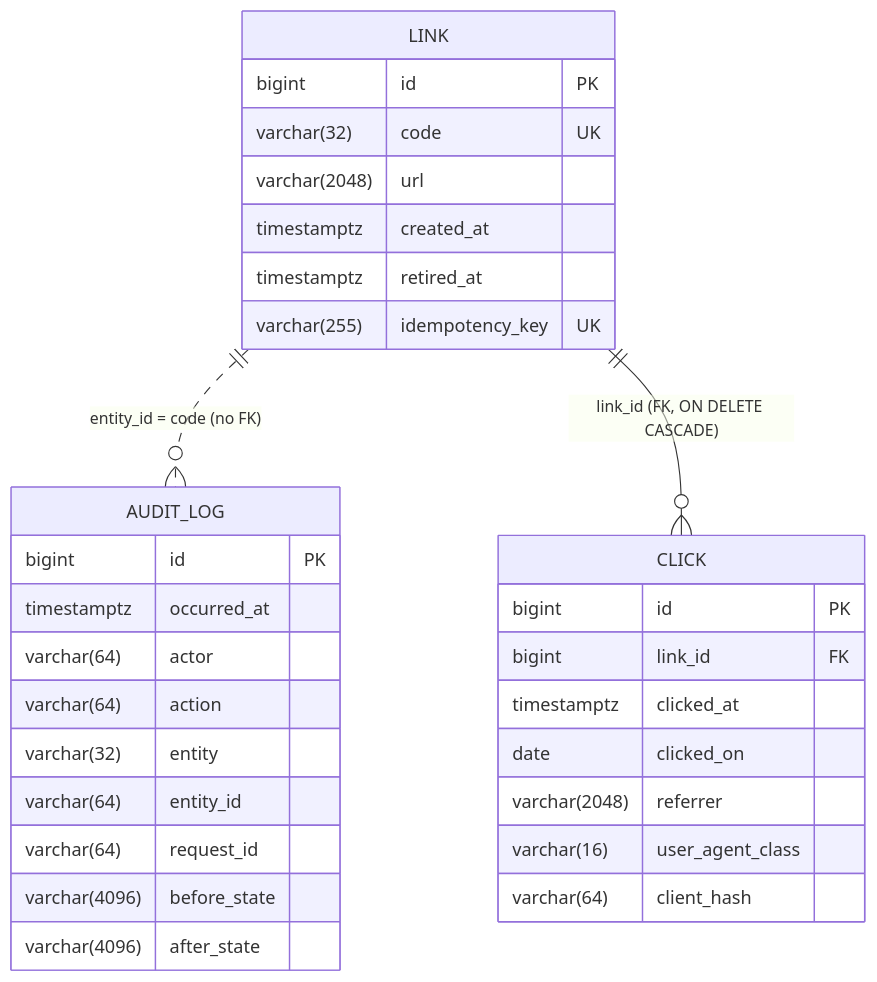
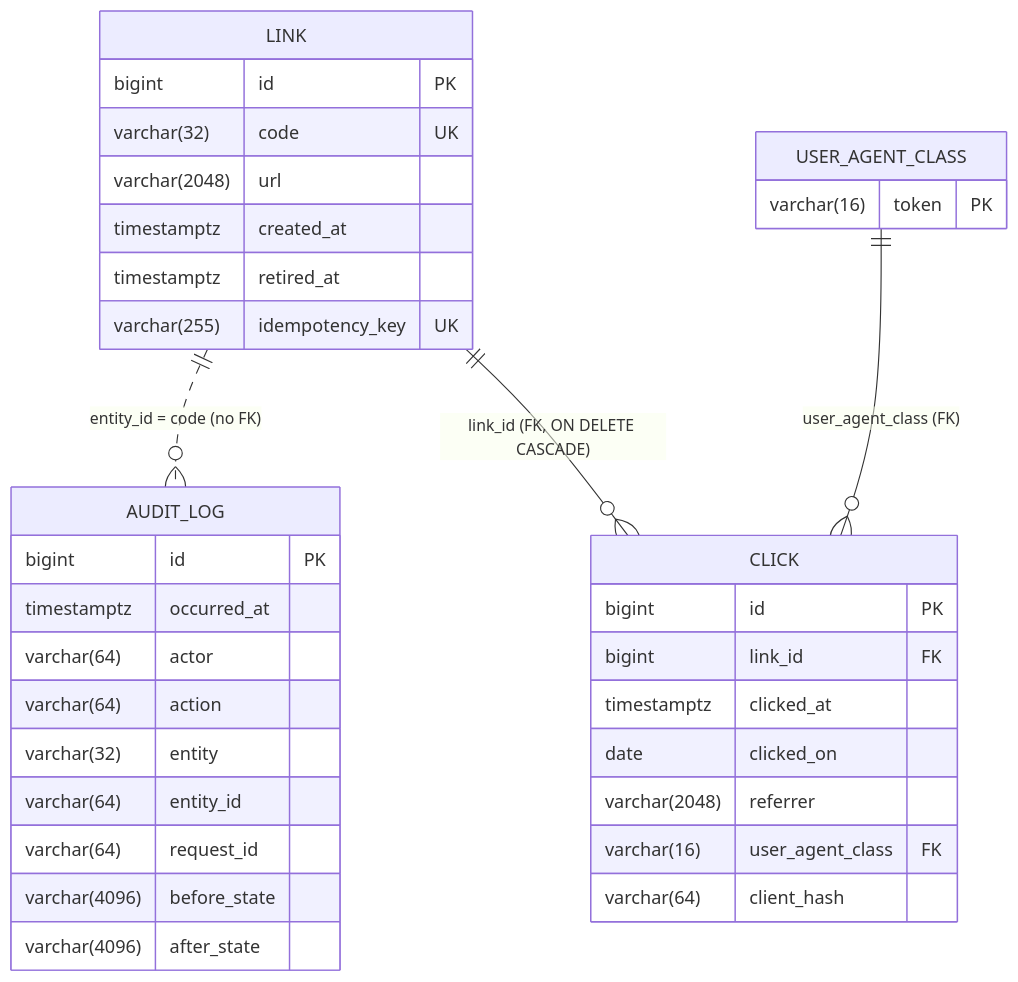
The second of 2 diagrams in docs/DESIGN.md (aurbanow1/url-shortener-agentic-sdlc), drawn with Mermaid before and after one commit. The commit also changed other lines of this file and 12 other files, not shown here.

````diff
--- a/docs/DESIGN.md
+++ b/docs/DESIGN.md
@@ -365,33 +374,37 @@
 ```mermaid
 erDiagram
     LINK {
         bigint id PK
         varchar(32) code UK
         varchar(2048) url
         timestamptz created_at
         timestamptz retired_at
         varchar(255) idempotency_key UK
     }
     AUDIT_LOG {
         bigint id PK
         timestamptz occurred_at
         varchar(64) actor
         varchar(64) action
         varchar(32) entity
         varchar(64) entity_id
         varchar(64) request_id
         varchar(4096) before_state
         varchar(4096) after_state
     }
     CLICK {
         bigint id PK
         bigint link_id FK
         timestamptz clicked_at
         date clicked_on
         varchar(2048) referrer
-        varchar(16) user_agent_class
+        varchar(16) user_agent_class FK
         varchar(64) client_hash
+    }
+    USER_AGENT_CLASS {
+        varchar(16) token PK
     }
     LINK ||..o{ AUDIT_LOG : "entity_id = code (no FK)"
     LINK ||--o{ CLICK : "link_id (FK, ON DELETE CASCADE)"
+    USER_AGENT_CLASS ||--o{ CLICK : "user_agent_class (FK)"
 ```
````
